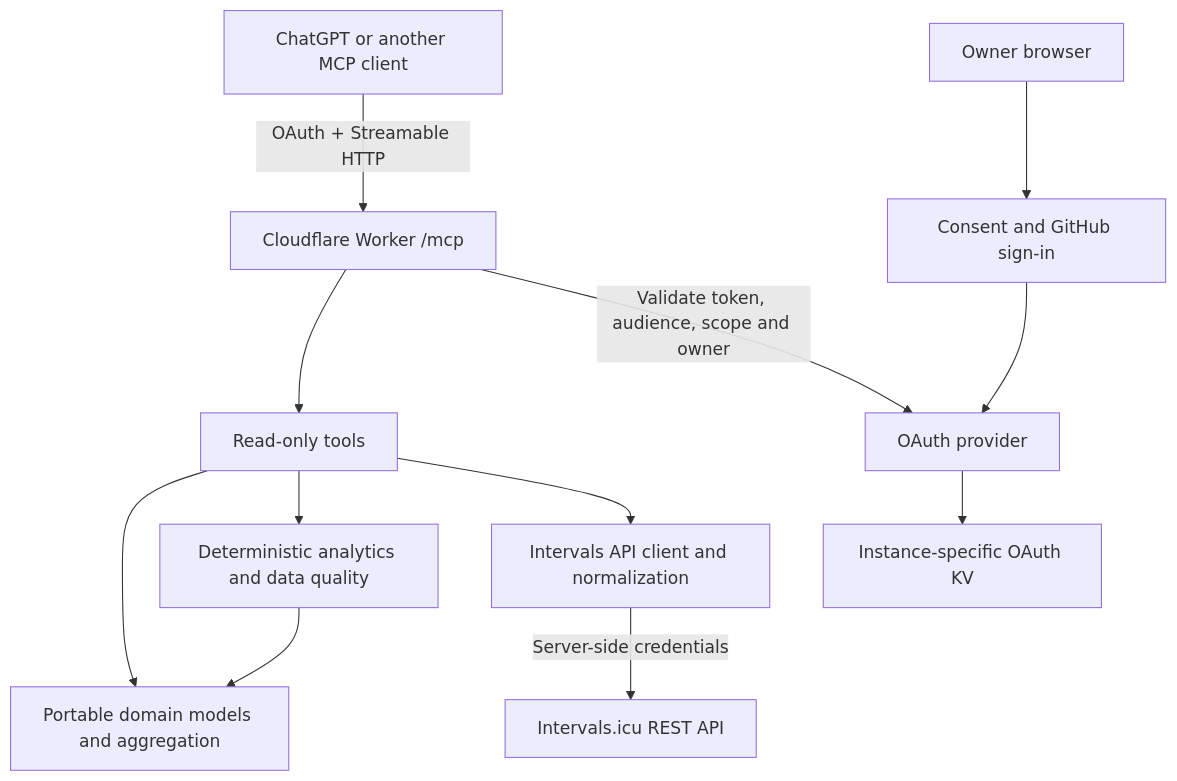
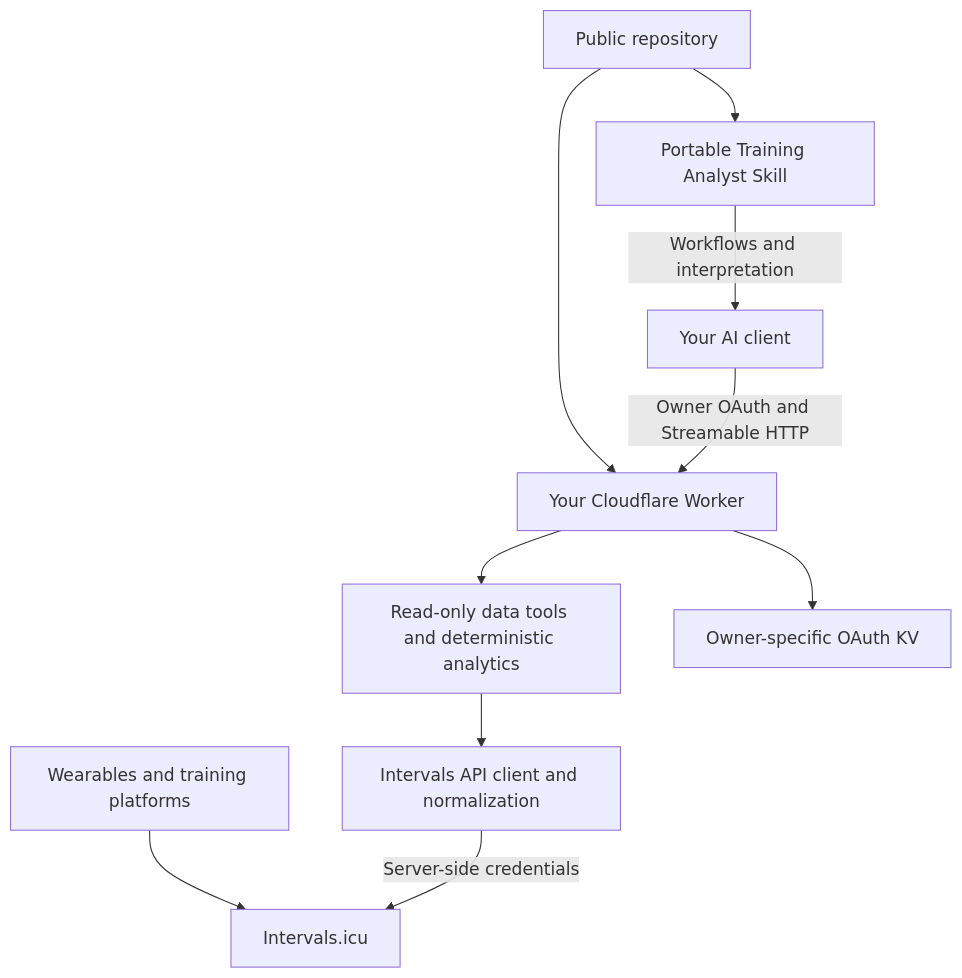
The diagram in README.md (rbernanda/intervals-icu-mcp), drawn with Mermaid before and after one commit. The commit also changed other lines of this file and 41 other files, not shown here.

````diff
--- a/README.md
+++ b/README.md
@@ -11,14 +15,12 @@
 ```mermaid
 flowchart TD
-    Client[ChatGPT or another MCP client] -->|OAuth + Streamable HTTP| Worker[Cloudflare Worker /mcp]
-    Worker --> Tools[Read-only tools]
-    Tools --> Domain[Portable domain models and aggregation]
-    Tools --> Analytics[Deterministic analytics and data quality]
-    Analytics --> Domain
+    Platforms[Wearables and training platforms] --> Intervals[Intervals.icu]
+    Repository[Public repository] --> Worker[Your Cloudflare Worker]
+    Repository --> Skill[Portable Training Analyst Skill]
+    Client[Your AI client] -->|Owner OAuth and Streamable HTTP| Worker
+    Worker --> Tools[Read-only data tools and deterministic analytics]
     Tools --> API[Intervals API client and normalization]
-    API -->|Server-side credentials| Intervals[Intervals.icu REST API]
-    Browser[Owner browser] --> Consent[Consent and GitHub sign-in]
-    Consent --> OAuth[OAuth provider]
-    OAuth --> KV[Instance-specific OAuth KV]
-    Worker -->|Validate token, audience, scope and owner| OAuth
+    API -->|Server-side credentials| Intervals
+    Skill -->|Workflows and interpretation| Client
+    Worker --> KV[Owner-specific OAuth KV]
 ```
````
